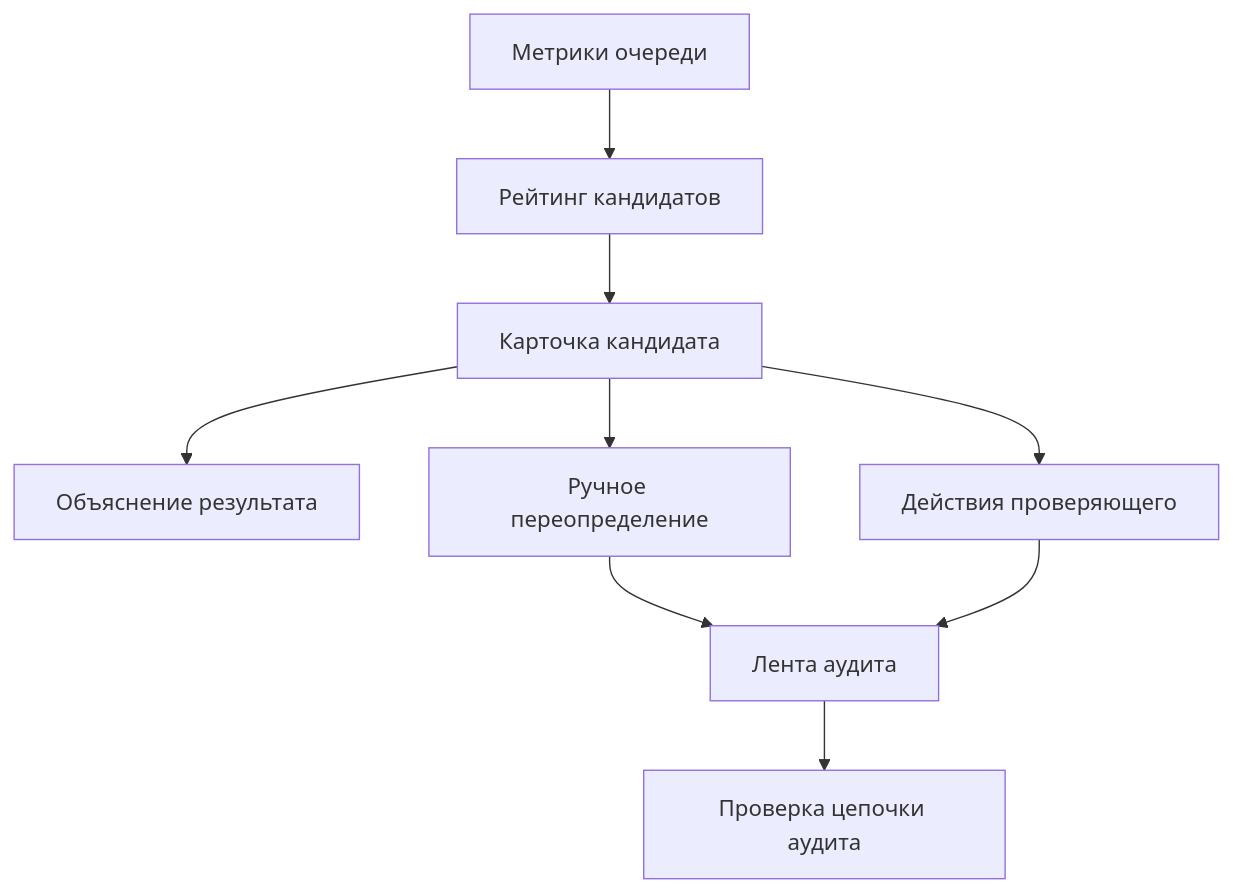
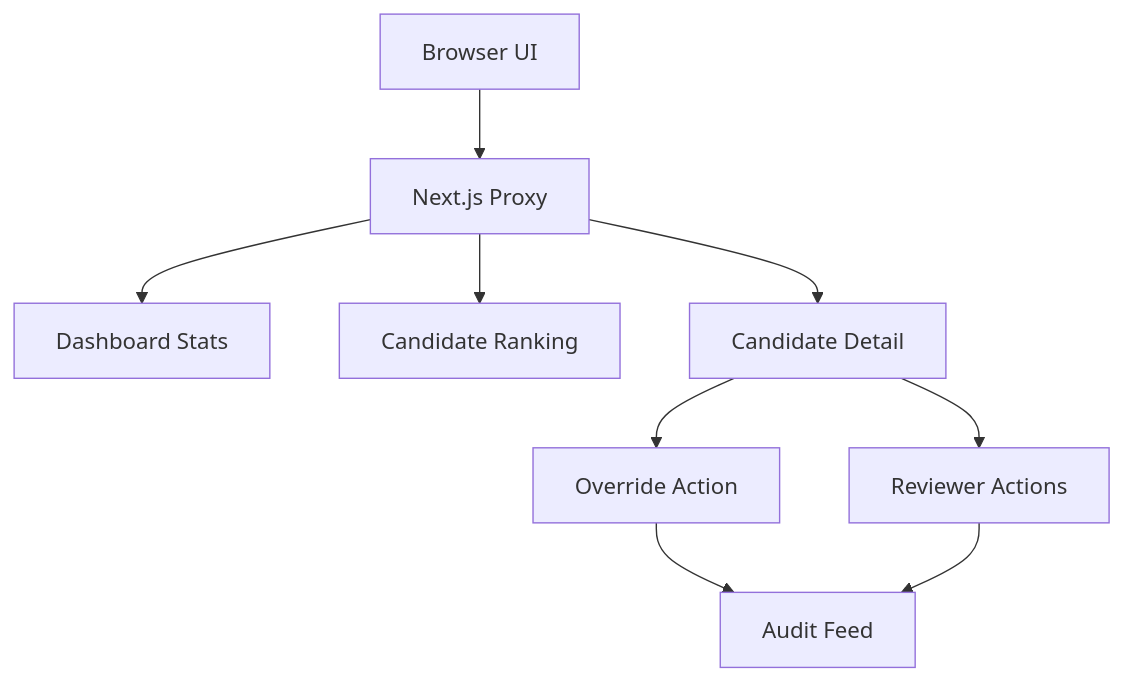
Before and after one commit to alenisaw/invision_u_Vi-Ka: the second of 2 diagrams in docs/rus/API.md, drawn with Mermaid. The commit also changed other lines of this file and 68 other files, not shown here.

````diff
--- a/docs/rus/API.md
+++ b/docs/rus/API.md
@@ -339,20 +293,20 @@
 ```mermaid
 flowchart TD
-    Queue["Метрики очереди"]
-    Ranking["Рейтинг кандидатов"]
-    Detail["Карточка кандидата"]
-    Explain["Объяснение результата"]
-    Override["Ручное переопределение"]
-    Actions["Действия проверяющего"]
-    Audit["Лента аудита"]
-    Verify["Проверка цепочки аудита"]
+    Browser["Browser UI"]
+    Proxy["Next.js Proxy"]
+    Stats["Dashboard Stats"]
+    List["Candidate Ranking"]
+    Detail["Candidate Detail"]
+    Override["Override Action"]
+    Actions["Reviewer Actions"]
+    Audit["Audit Feed"]
 
-    Queue --> Ranking
-    Ranking --> Detail
-    Detail --> Explain
+    Browser --> Proxy
+    Proxy --> Stats
+    Proxy --> List
+    Proxy --> Detail
     Detail --> Override
     Detail --> Actions
     Override --> Audit
     Actions --> Audit
-    Audit --> Verify
 ```
````
